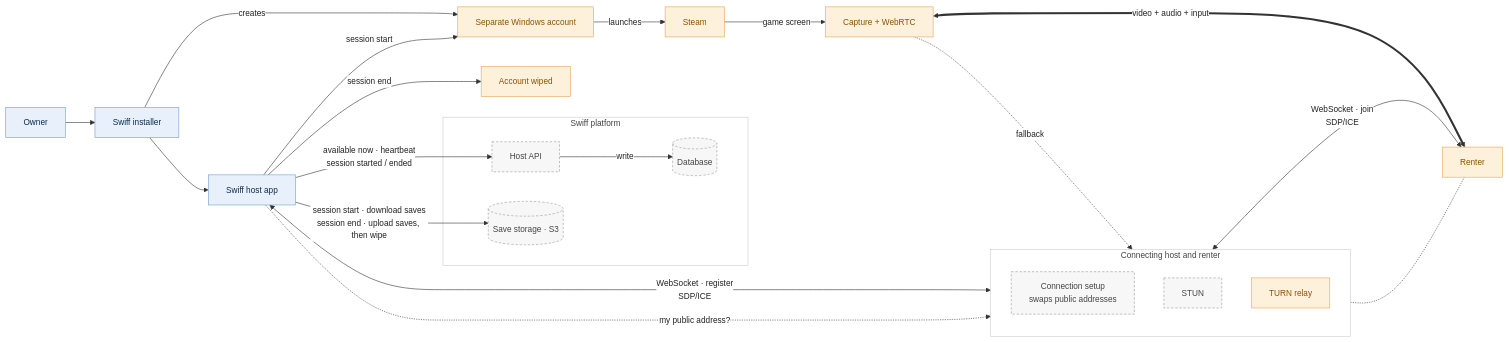
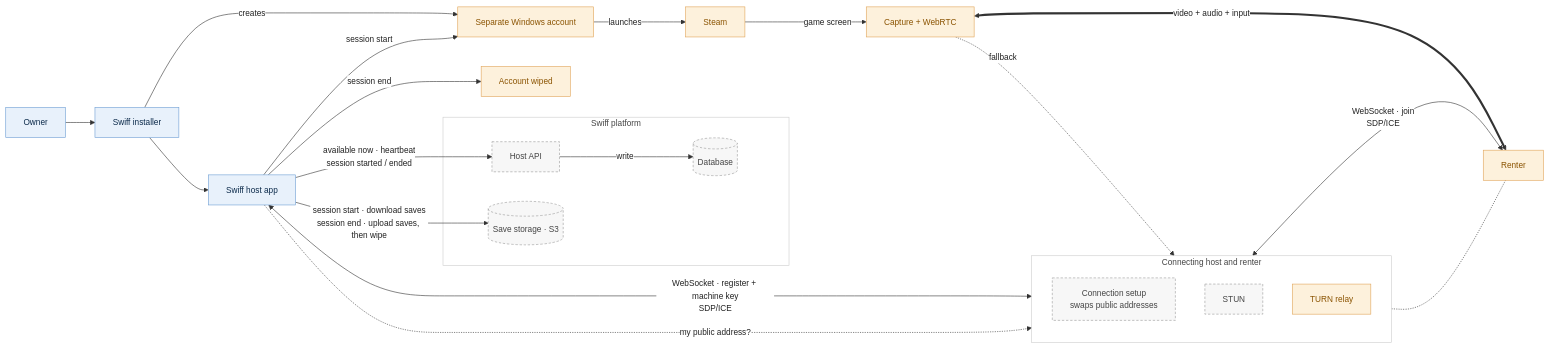
One commit to tomnotthomas/distributed_gaming changed the diagram in docs/diagrams/host-isolation.mmd. Above: the diagram before and after it, drawn with Mermaid. The commit also changed 31 other files, not shown here.

First line of the commit message:
feat: lock rooms behind a machine key and a join ticket

```diff
--- a/docs/diagrams/host-isolation.mmd
+++ b/docs/diagrams/host-isolation.mmd
@@ -1,68 +1,68 @@
 ---
 config:
   theme: base
   flowchart:
     curve: basis
     htmlLabels: true
   themeVariables:
     fontFamily: "Helvetica Neue, Helvetica, Arial, sans-serif"
     fontSize: 14px
     edgeLabelBackground: "#ffffff"
     lineColor: "#333333"
     primaryTextColor: "#222222"
   themeCSS: >-
     .edgeLabel, .edgeLabel p, .edgeLabel span, .labelBkg { background: #fff !important; background-color: #fff !important; }
     .edgeLabel p, .edgeLabel span { color: #555; font-size: 13px; }
     .edgeLabel rect { fill: #fff !important; opacity: 1 !important; }
     svg, text, span, p, div { font-family: "Helvetica Neue", Helvetica, Arial, sans-serif !important; }
 ---
 flowchart LR
   Owner["Owner"]
   Installer["Swiff installer"]
   HostApp["Swiff host app"]
   Account["Separate Windows account"]
   Steam["Steam"]
   Capture["Capture + WebRTC"]
   Wiped["Account wiped"]
   subgraph Platform["Swiff platform"]
     API["Host API"]
     DB[("Database")]
     S3[("Save storage · S3")]
   end
   subgraph Connect["Connecting host and renter"]
     direction TB
     SIG["Connection setup<br/>swaps public addresses"]
     STUN
     TURN
   end
   STUN["STUN"]
   TURN["TURN relay"]
   Renter["Renter"]
 
   Owner --> Installer
   Installer -- "creates" --> Account
   Installer --> HostApp
   HostApp -- "session start" --> Account
   HostApp -- "session end" --> Wiped
   Account -- "launches" --> Steam
   Steam -- "game screen" --> Capture
   HostApp -- "available now · heartbeat<br/>session started / ended" --> API
   API -- "write" --> DB
   HostApp -- "session start · download saves<br/>session end · upload saves, then wipe" --> S3
-  HostApp <-- "WebSocket · register<br/>SDP/ICE" --> SIG
+  HostApp <-- "WebSocket · register + machine key<br/>SDP/ICE" --> SIG
   SIG <-- "WebSocket · join<br/>SDP/ICE" --> Renter
   HostApp -. "my public address?" .-> STUN
   Capture -. "fallback" .-> TURN
   TURN -.- Renter
   Capture <== "video + audio + input" ==> Renter
 
   classDef owner fill:#e8f1fb,stroke:#6d9ed3,color:#0b2a4a
   classDef session fill:#fdf1dc,stroke:#e0a458,color:#8a5300
   classDef platform fill:#f7f7f7,stroke:#999,stroke-dasharray:4 3,color:#444
   class Owner,Installer,HostApp owner
   class Account,Steam,Capture,Wiped,Renter session
   class API,DB,S3,SIG,STUN platform
   classDef turn fill:#fdf1dc,stroke:#e0a458,color:#8a5300
   class TURN turn
   style Platform fill:#ffffff,stroke:#ccc,color:#444
   style Connect fill:#ffffff,stroke:#ccc,color:#444
```
